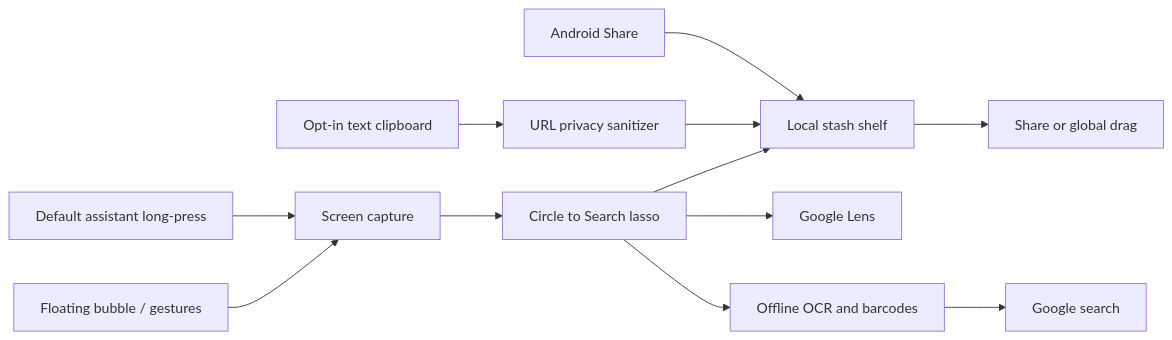
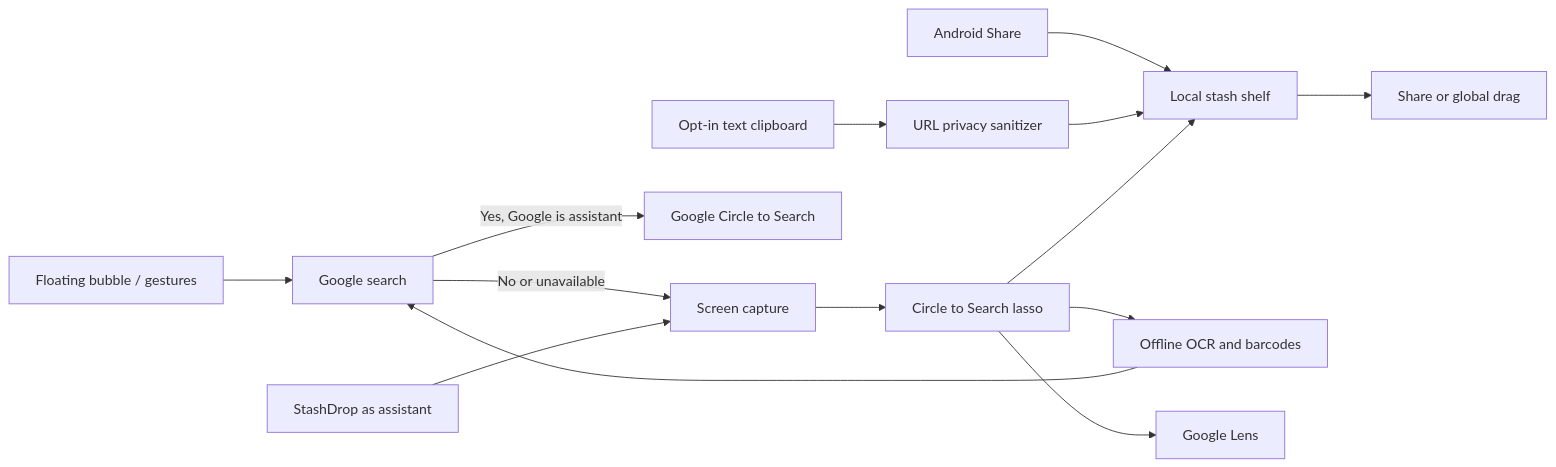
Before and after one commit to ankitchanki/New: the diagram in README.md, drawn with Mermaid. The commit also changed other lines of this file and 26 other files, not shown here.

````diff
--- a/README.md
+++ b/README.md
@@ -153,14 +156,16 @@
 ```mermaid
 flowchart LR
     Share[Android Share] --> Shelf[Local stash shelf]
     Copy[Opt-in text clipboard] --> Clean[URL privacy sanitizer]
     Clean --> Shelf
-    Dock[Floating bubble / gestures] --> Capture[Screen capture]
-    Assist[Default assistant long-press] --> Capture
+    Dock[Floating bubble / gestures] --> Google{Google Circle to Search on?}
+    Google -->|Yes, Google is assistant| GCTS[Google Circle to Search]
+    Google -->|No or unavailable| Capture[Screen capture]
+    Assist[StashDrop as assistant] --> Capture
     Capture --> Circle[Circle to Search lasso]
     Circle --> ML[Offline OCR and barcodes]
     ML --> Google[Google search]
     Circle --> Lens[Google Lens]
     Circle --> Shelf
     Shelf --> Out[Share or global drag]
 ```
````
